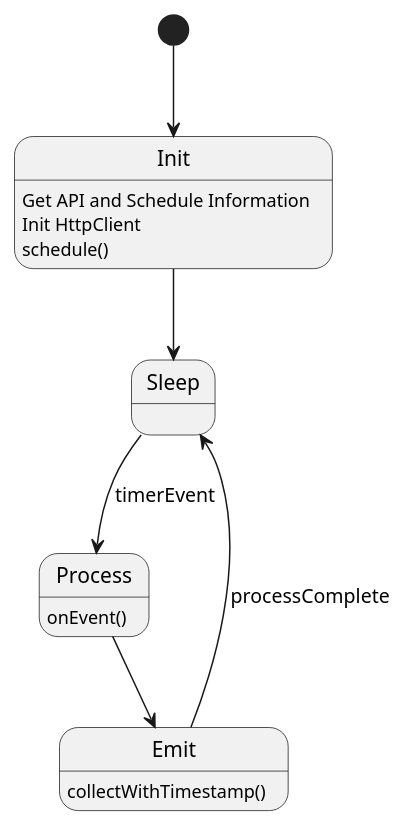
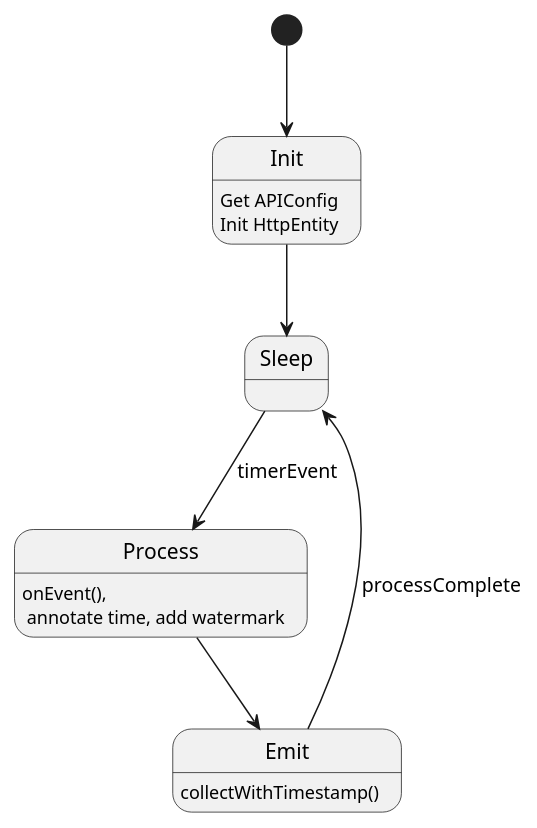
One commit to datakaveri/iudx-adaptor-framework changed the diagram in docs/diagrams/HTTPSourceState.puml. Above: the diagram before and after it, drawn with PlantUML. The commit also changed 19 other files, not shown here.

```diff
--- a/docs/diagrams/HTTPSourceState.puml
+++ b/docs/diagrams/HTTPSourceState.puml
@@ -1,18 +1,17 @@
 @startuml
 
 [*] --> Init
-Init: Get API and Schedule Information
-Init: Init HttpClient
-Init: schedule()
+Init: Get APIConfig
+Init: Init HttpEntity
 
 Init --> Sleep
 
 Sleep --> Process : timerEvent
-Process : onEvent()
+Process : onEvent(), \n annotate time, add watermark
 
 Process --> Emit
 Emit : collectWithTimestamp()
 
 Emit --> Sleep : processComplete
 
 @enduml
```
